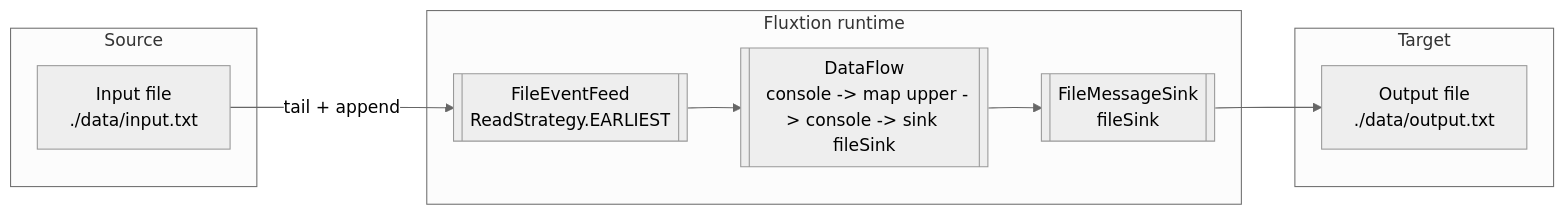
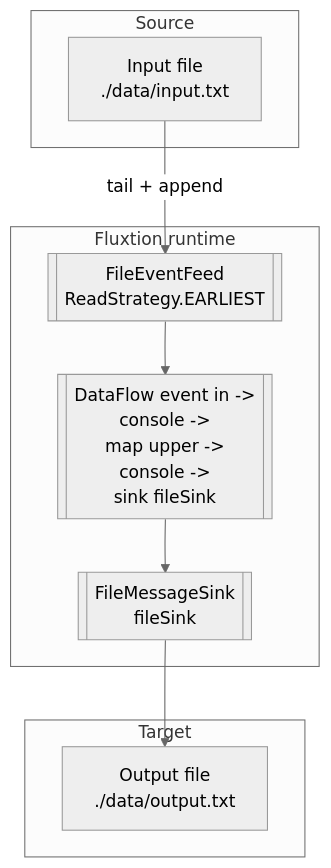
Before and after one commit to telaminai/fluxtion: the first of 2 diagrams in docs/sample-apps/embedding-dataflow-file-feed-sink-demo.md, drawn with Mermaid (neutral theme). The commit also changed other lines of this file, not shown here.

Commit message:
Refine `embedding-dataflow-file-feed-sink-demo.md`: update diagram flow direction, improve diagram labels, and adjust code snippet formatting for consistency.

````diff
--- a/docs/sample-apps/embedding-dataflow-file-feed-sink-demo.md
+++ b/docs/sample-apps/embedding-dataflow-file-feed-sink-demo.md
@@ -20,19 +20,19 @@
 ```mermaid
-flowchart LR
+flowchart TB
   subgraph Source
-    A[Input file\n./data/input.txt]
+    A[Input file<br/>./data/input.txt]
   end
   subgraph "Fluxtion runtime"
-    FEED[[FileEventFeed\nReadStrategy.EARLIEST]]
-    DF[[DataFlow\n console -> map upper -> console -> sink fileSink ]]
-    SINK[[FileMessageSink\nfileSink]]
+    FEED[[FileEventFeed<br/>ReadStrategy.EARLIEST]]
+    DF[[DataFlow event in -><br/>console -> <br/>map upper -> <br/>console -> <br/>sink fileSink ]]
+    SINK[[FileMessageSink<br/>fileSink]]
   end
   subgraph Target
-    B[Output file\n./data/output.txt]
+    B[Output file<br/>./data/output.txt]
   end
 
   A -- tail + append --> FEED
   FEED --> DF
   DF --> SINK
   SINK --> B
 ```
````
